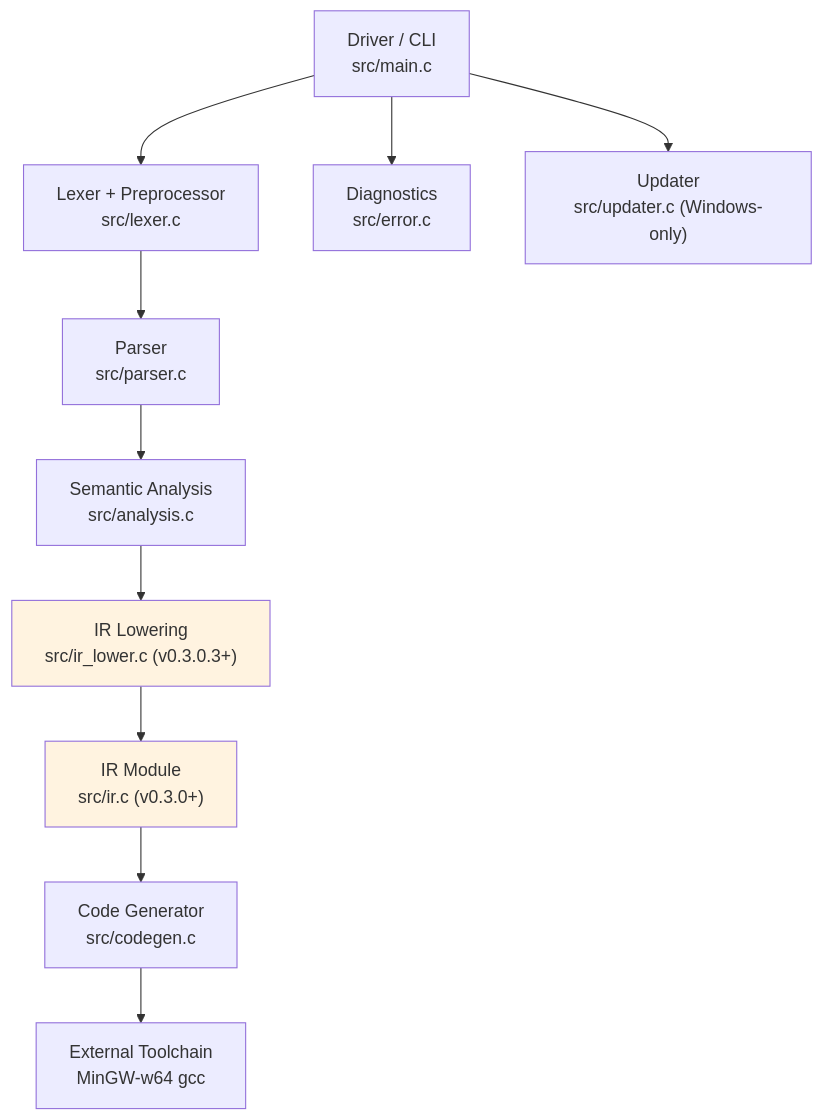
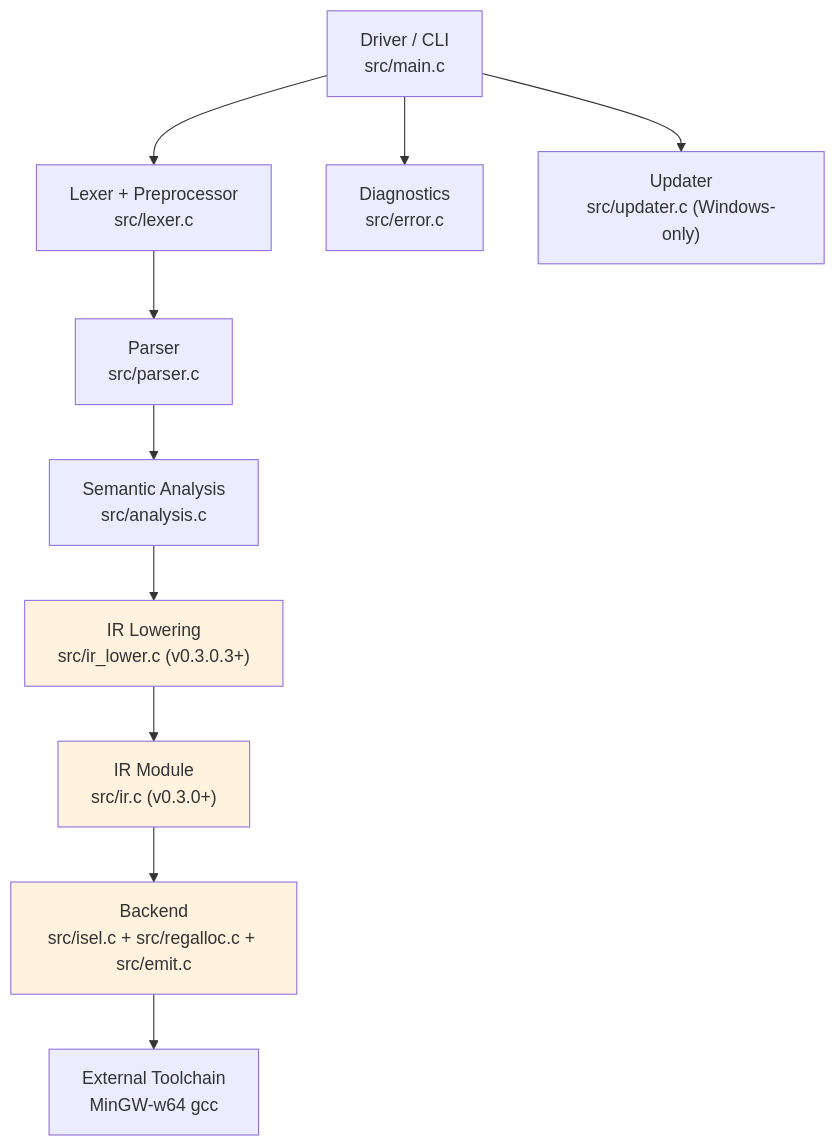
Before and after one commit to OmarAglan/Baa: the second of 2 diagrams in docs/INTERNALS.md, drawn with Mermaid. The commit also changed other lines of this file and 10 other files, not shown here.

First line of the commit message:
Switch to IR-based backend; retire legacy codegen

````diff
--- a/docs/INTERNALS.md
+++ b/docs/INTERNALS.md
@@ -71,16 +71,17 @@
 ```mermaid
 flowchart TB
     Driver["Driver / CLI\nsrc/main.c"] --> Lexer["Lexer + Preprocessor\nsrc/lexer.c"]
     Lexer --> Parser["Parser\nsrc/parser.c"]
     Parser --> Analyzer["Semantic Analysis\nsrc/analysis.c"]
     Analyzer --> Lower["IR Lowering\nsrc/ir_lower.c (v0.3.0.3+)"]
     Lower --> IR["IR Module\nsrc/ir.c (v0.3.0+)"]
-    IR --> Codegen["Code Generator\nsrc/codegen.c"]
-    Codegen --> GCC["External Toolchain\nMinGW-w64 gcc"]
+    IR --> Backend["Backend\nsrc/isel.c + src/regalloc.c + src/emit.c"]
+    Backend --> GCC["External Toolchain\nMinGW-w64 gcc"]
 
     Driver --> Diagnostics["Diagnostics\nsrc/error.c"]
     Driver --> Updater["Updater\nsrc/updater.c (Windows-only)"]
     
     style Lower fill:#fff3e0
     style IR fill:#fff3e0
+    style Backend fill:#fff3e0
 ```
````
